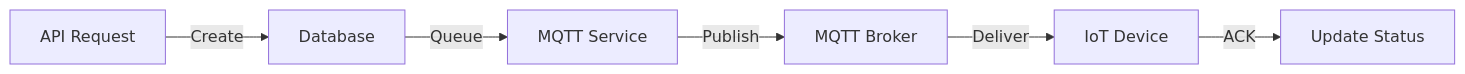
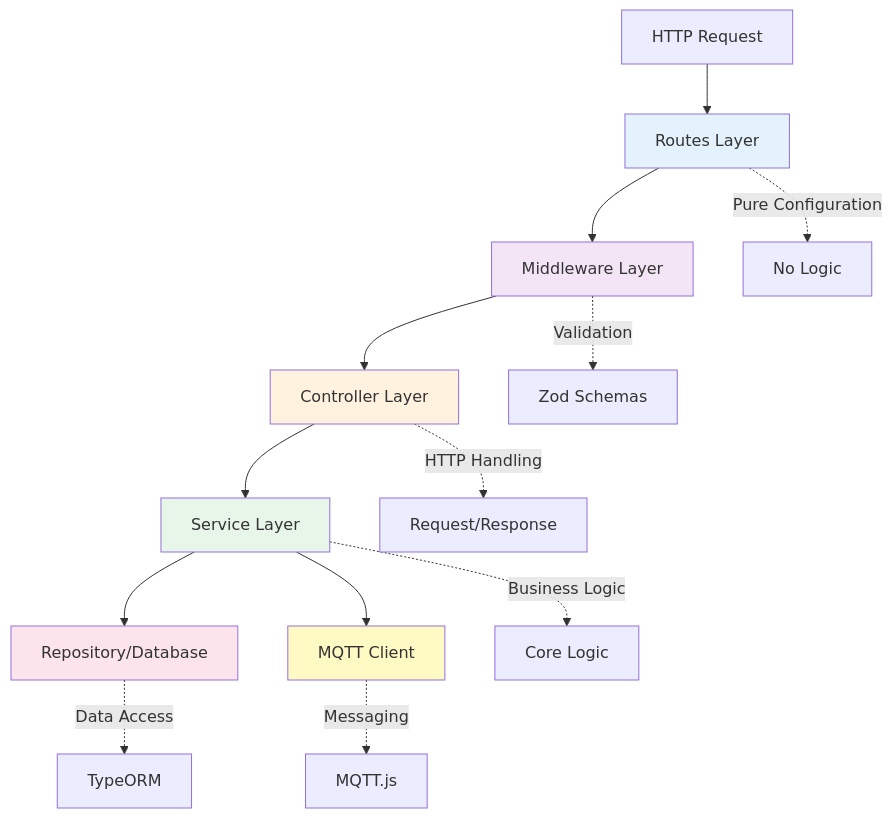
The fourth of 4 diagrams in slides.md (ReynaldiRP/test-backend-dmc), drawn with Mermaid before and after one commit. The commit also changed other lines of this file and 1 other file, not shown here.

````diff
--- a/slides.md
+++ b/slides.md
@@ -376,8 +520,23 @@
 ```mermaid
-graph LR
-    A[API Request] -->|Create| B[Database]
-    B -->|Queue| C[MQTT Service]
-    C -->|Publish| D[MQTT Broker]
-    D -->|Deliver| E[IoT Device]
-    E -->|ACK| F[Update Status]
+graph TD
+    A[HTTP Request] --> B[Routes Layer]
+    B --> C[Middleware Layer]
+    C --> D[Controller Layer]
+    D --> E[Service Layer]
+    E --> F[Repository/Database]
+    E --> G[MQTT Client]
+
+    B -.->|Pure Configuration| B2[No Logic]
+    C -.->|Validation| C2[Zod Schemas]
+    D -.->|HTTP Handling| D2[Request/Response]
+    E -.->|Business Logic| E2[Core Logic]
+    F -.->|Data Access| F2[TypeORM]
+    G -.->|Messaging| G2[MQTT.js]
+
+    style B fill:#e3f2fd
+    style C fill:#f3e5f5
+    style D fill:#fff3e0
+    style E fill:#e8f5e9
+    style F fill:#fce4ec
+    style G fill:#fff9c4
 ```
````
